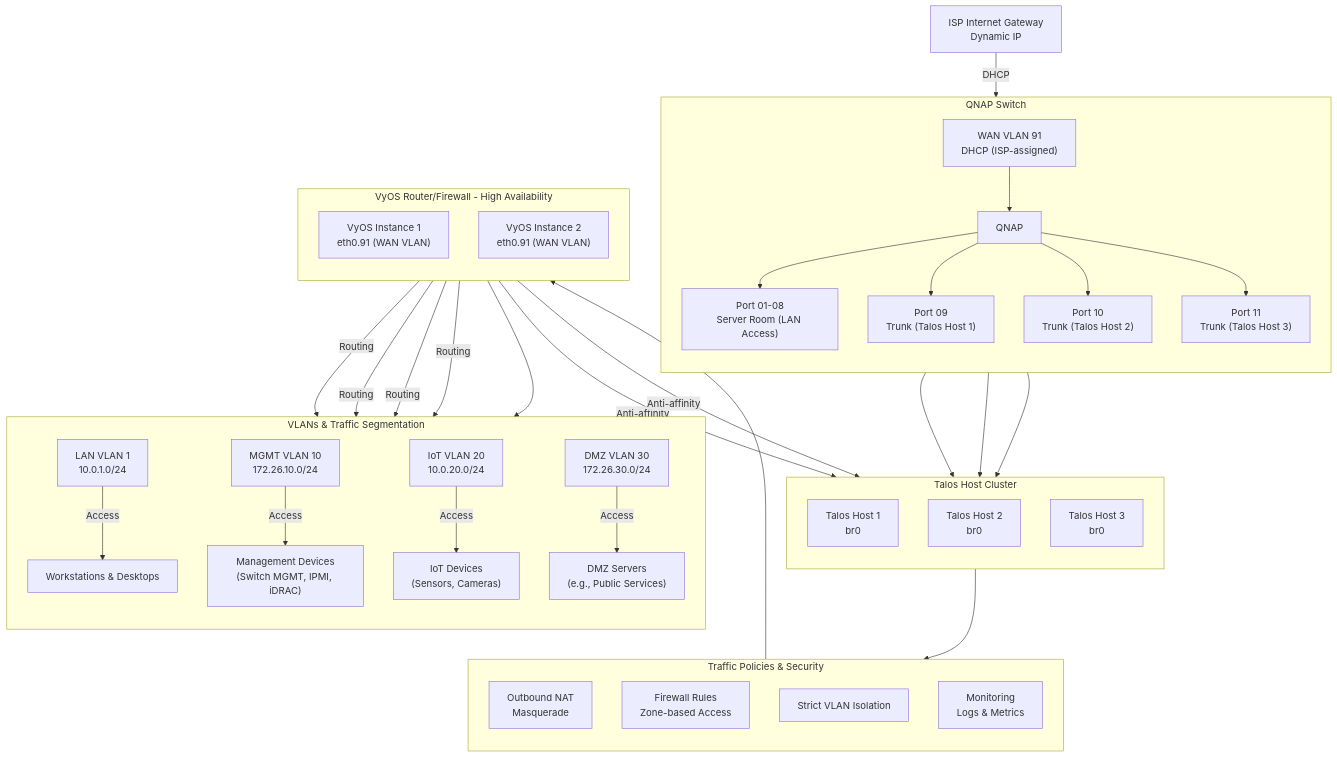
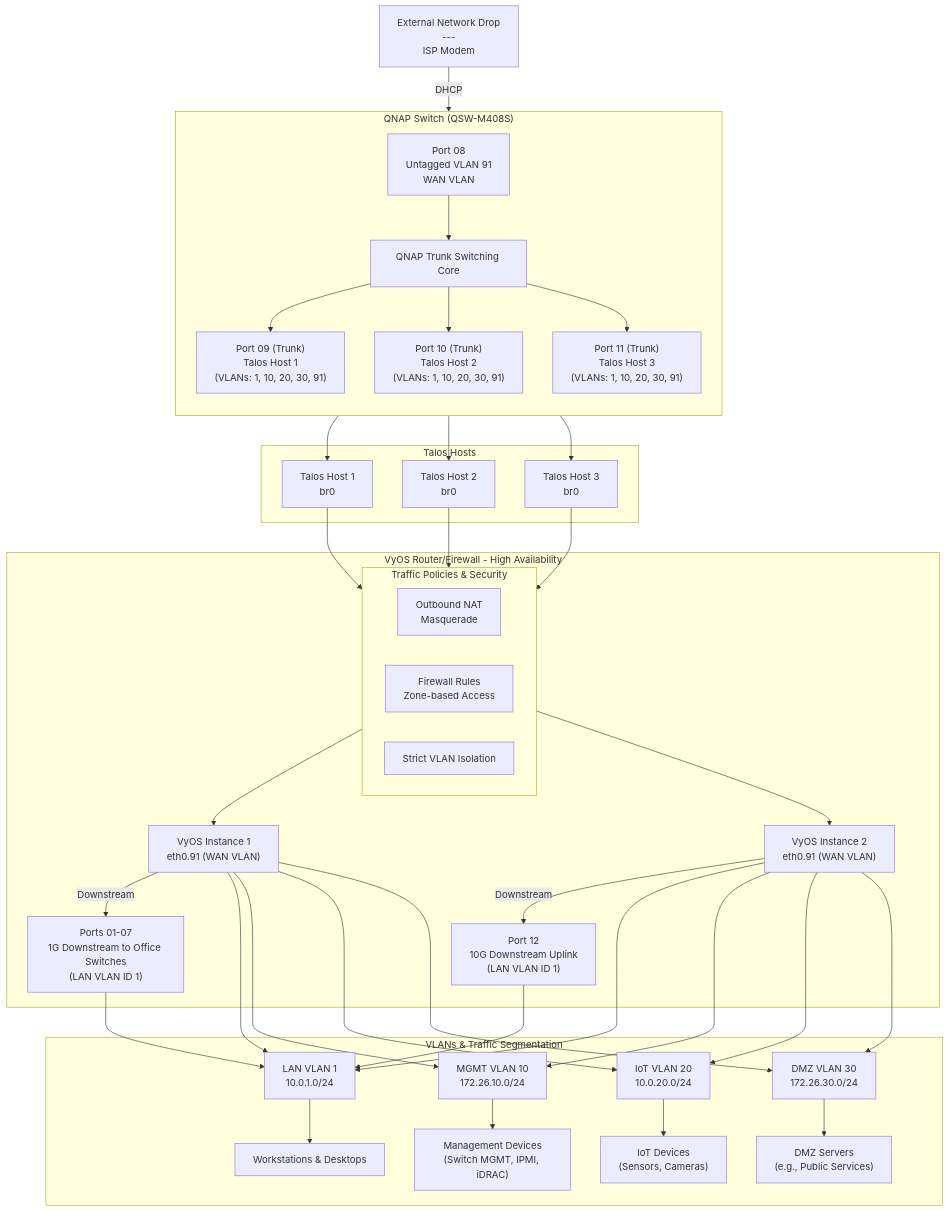
Before and after one commit to ContainerCraft/kc2: the diagram in library/vyos/README.md, drawn with Mermaid. The commit also changed other lines of this file, not shown here.

````diff
--- a/library/vyos/README.md
+++ b/library/vyos/README.md
@@ -40,74 +46,75 @@
 ```mermaid
 flowchart TB
-    %% Topmost level - WAN Connectivity
-    ISP["ISP Internet Gateway<br/>Dynamic IP"]
-    ISP -->|DHCP| WAN["WAN VLAN 91<br/>DHCP (ISP-assigned)"]
+    %% Top - ISP Connection
+    ISP["External Network Drop<br/>---<br/>ISP Modem"] -->|DHCP| WAN_Port08["Port 08<br/>Untagged VLAN 91<br/>WAN VLAN"]
 
-    %% QNAP Switch Layer
-    subgraph QNAP_Switch ["QNAP Switch"]
+    %% QNAP Switch
+    subgraph QNAP_SWITCH ["QNAP Switch (QSW-M408S)"]
         direction TB
-        Port01["Port 01-08<br/>Server Room (LAN Access)"]
-        Port09["Port 09<br/>Trunk (Talos Host 1)"]
-        Port10["Port 10<br/>Trunk (Talos Host 2)"]
-        Port11["Port 11<br/>Trunk (Talos Host 3)"]
-        WAN --> QNAP
-        QNAP --> Port01
-        QNAP --> Port09
-        QNAP --> Port10
-        QNAP --> Port11
+        WAN_Port08 --> QNAP["QNAP Trunk Switching Core"]
+        QNAP --> Port09["Port 09 (Trunk)<br/>Talos Host 1<br/>(VLANs: 1, 10, 20, 30, 91)"]
+        QNAP --> Port10["Port 10 (Trunk)<br/>Talos Host 2<br/>(VLANs: 1, 10, 20, 30, 91)"]
+        QNAP --> Port11["Port 11 (Trunk)<br/>Talos Host 3<br/>(VLANs: 1, 10, 20, 30, 91)"]
     end
 
-    %% Talos Host Cluster Layer
-    subgraph Talos_Cluster ["Talos Host Cluster"]
-        direction TB
+    %% Talos Hosts Cluster
+    subgraph Talos_Cluster ["Talos Hosts"]
         Talos1["Talos Host 1<br/>br0"]
         Talos2["Talos Host 2<br/>br0"]
         Talos3["Talos Host 3<br/>br0"]
         Port09 --> Talos1
         Port10 --> Talos2
         Port11 --> Talos3
     end
 
-    %% Traffic Flow Policies and Security (moved below Talos Cluster)
+    %% Traffic Policies and Security
     subgraph Traffic_Policies ["Traffic Policies & Security"]
-        direction TB
         NAT["Outbound NAT<br/>Masquerade"]
         Firewall["Firewall Rules<br/>Zone-based Access"]
         Isolation["Strict VLAN Isolation"]
-        Monitoring["Monitoring<br/>Logs & Metrics"]
     end
-    Talos_Cluster --> Traffic_Policies
+    Talos1 --> Traffic_Policies
+    Talos2 --> Traffic_Policies
+    Talos3 --> Traffic_Policies
 
-    %% VyOS High-Availability Router
+    %% VyOS Router HA
     subgraph VyOS_Router_HA ["VyOS Router/Firewall - High Availability"]
-        direction TB
         VyOS1["VyOS Instance 1<br/>eth0.91 (WAN VLAN)"]
         VyOS2["VyOS Instance 2<br/>eth0.91 (WAN VLAN)"]
-        VyOS1 -->|Anti-affinity| Talos1
-        VyOS2 -->|Anti-affinity| Talos2
+        Traffic_Policies --> VyOS1
+        Traffic_Policies --> VyOS2
+        VyOS1 -->|Downstream| Port01_07["Ports 01-07<br/>1G Downstream to Office Switches<br/>(LAN VLAN ID 1)"]
+        VyOS2 -->|Downstream| Port12["Port 12<br/>10G Downstream Uplink<br/>(LAN VLAN ID 1)"]
     end
-    Traffic_Policies --> VyOS_Router_HA
 
-    %% VLANs and Traffic Segmentation
+    %% VLAN Segmentation
     subgraph VLAN_Segments ["VLANs & Traffic Segmentation"]
-        direction TB
         LAN["LAN VLAN 1<br/>10.0.1.0/24"]
         MGMT["MGMT VLAN 10<br/>172.26.10.0/24"]
         IoT["IoT VLAN 20<br/>10.0.20.0/24"]
         DMZ["DMZ VLAN 30<br/>172.26.30.0/24"]
-        DMZ_VMs["DMZ Servers<br/>(e.g., Public Services)"]
+
+        Devices_LAN["Workstations & Desktops"]
         MGMT_Devices["Management Devices<br/>(Switch MGMT, IPMI, iDRAC)"]
         IoT_Devices["IoT Devices<br/>(Sensors, Cameras)"]
+        DMZ_VMs["DMZ Servers<br/>(e.g., Public Services)"]
 
-        VyOS1 -->|Routing| LAN
-        VyOS2 -->|Routing| MGMT
-        VyOS1 -->|Routing| IoT
-        VyOS2 -->|Routing| DMZ
+        Port01_07 --> LAN
+        Port12 --> LAN
 
-        LAN -->|Access| Devices_LAN["Workstations & Desktops"]
-        MGMT -->|Access| MGMT_Devices
-        IoT -->|Access| IoT_Devices
-        DMZ -->|Access| DMZ_VMs
+        LAN --> Devices_LAN
+        MGMT --> MGMT_Devices
+        IoT --> IoT_Devices
+        DMZ --> DMZ_VMs
+
+        VyOS1 --> LAN
+        VyOS1 --> MGMT
+        VyOS1 --> IoT
+        VyOS1 --> DMZ
+
+        VyOS2 --> LAN
+        VyOS2 --> MGMT
+        VyOS2 --> IoT
+        VyOS2 --> DMZ
     end
-    VyOS_Router_HA --> VLAN_Segments
 ```
````
